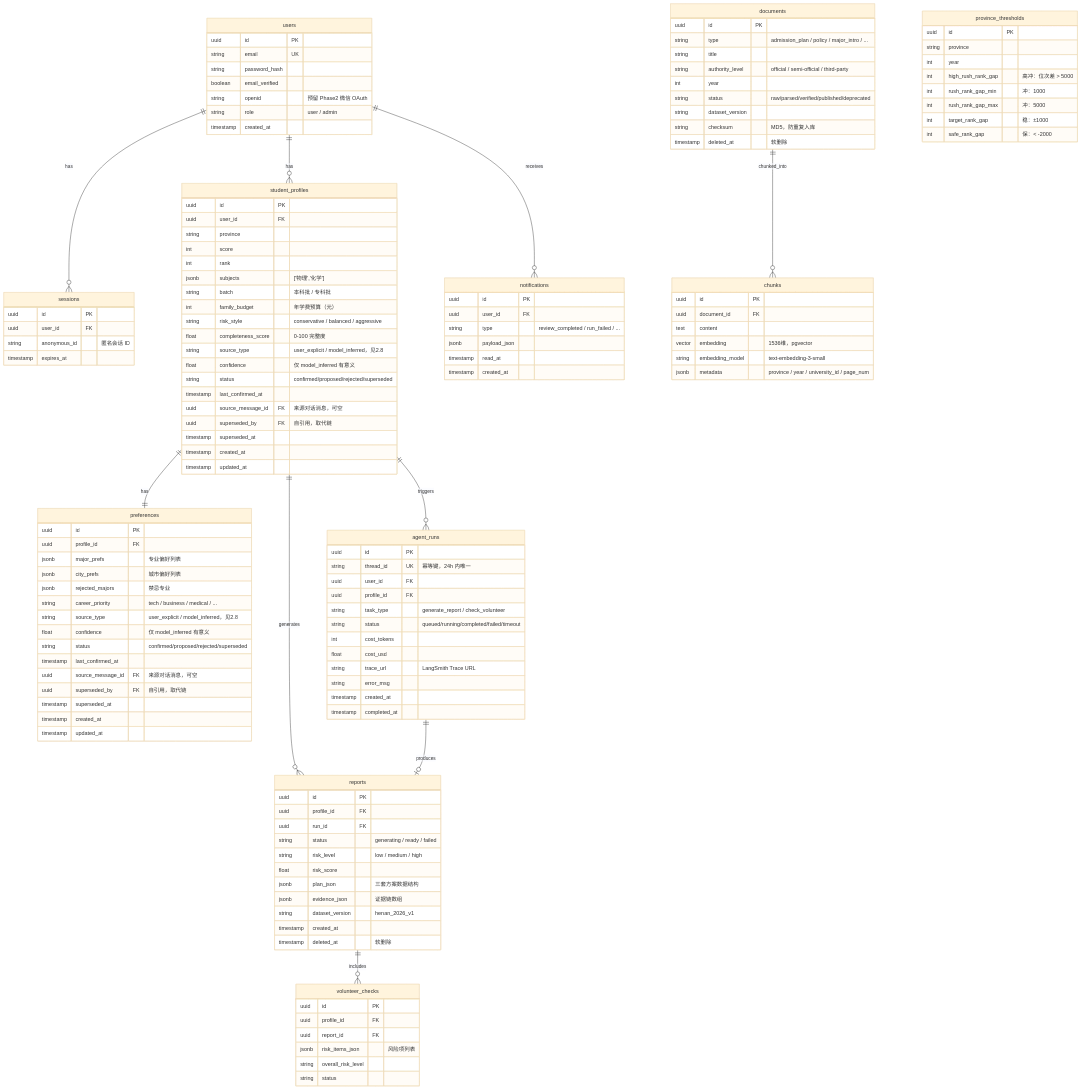
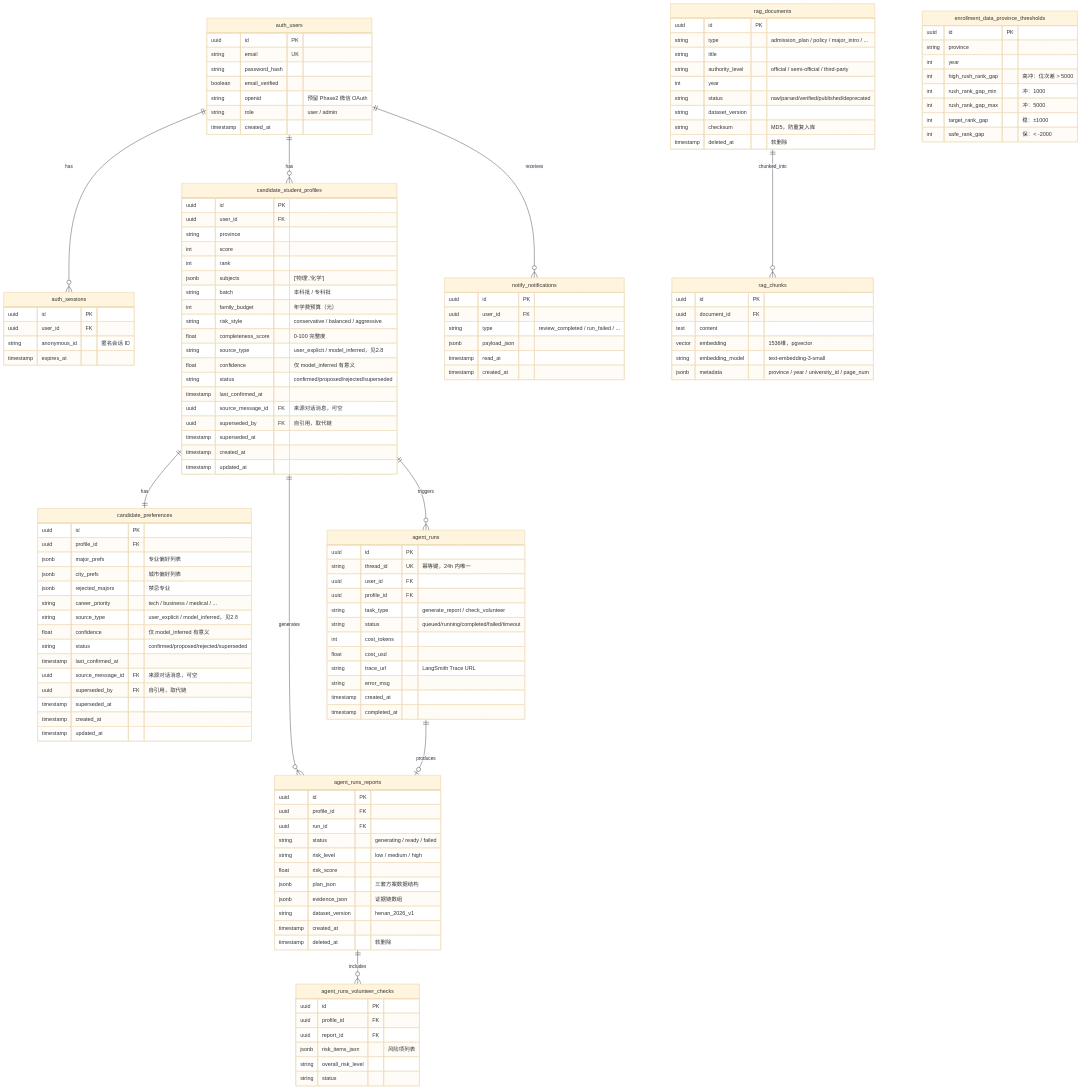
The first of 2 diagrams in backend/docs/03_data_model.md (debugzhao/jin-guide), drawn with Mermaid (base theme) before and after one commit. The commit also changed other lines of this file and 14 other files, not shown here.

````diff
--- a/backend/docs/03_data_model.md
+++ b/backend/docs/03_data_model.md
@@ -7,6 +7,6 @@
 ```mermaid
 erDiagram
-    users {
+    auth_users {
         uuid id PK
         string email UK
         string password_hash
@@ -16,14 +16,14 @@
         timestamp created_at
     }
 
-    sessions {
+    auth_sessions {
         uuid id PK
         uuid user_id FK
         string anonymous_id "匿名会话 ID"
         timestamp expires_at
     }
 
-    student_profiles {
+    candidate_student_profiles {
         uuid id PK
         uuid user_id FK
         string province
@@ -45,7 +45,7 @@
         timestamp updated_at
     }
 
-    preferences {
+    candidate_preferences {
         uuid id PK
         uuid profile_id FK
         jsonb major_prefs "专业偏好列表"
@@ -78,7 +78,7 @@
         timestamp completed_at
     }
 
-    reports {
+    agent_runs_reports {
         uuid id PK
         uuid profile_id FK
         uuid run_id FK
@@ -92,7 +92,7 @@
         timestamp deleted_at "软删除"
     }
 
-    volunteer_checks {
+    agent_runs_volunteer_checks {
         uuid id PK
         uuid profile_id FK
         uuid report_id FK
@@ -102,7 +102,7 @@
     }
 
 
-    notifications {
+    notify_notifications {
         uuid id PK
         uuid user_id FK
         string type "review_completed / run_failed / ..."
@@ -111,7 +111,7 @@
         timestamp created_at
     }
 
-    documents {
+    rag_documents {
         uuid id PK
         string type "admission_plan / policy / major_intro / ..."
         string title
@@ -123,7 +123,7 @@
         timestamp deleted_at "软删除"
     }
 
-    chunks {
+    rag_chunks {
         uuid id PK
         uuid document_id FK
         text content
@@ -132,7 +132,7 @@
         jsonb metadata "province / year / university_id / page_num"
     }
 
-    province_thresholds {
+    enrollment_data_province_thresholds {
         uuid id PK
         string province
         int year
@@ -143,13 +143,13 @@
         int safe_rank_gap "保：< -2000"
     }
 
-    users ||--o{ sessions : "has"
-    users ||--o{ student_profiles : "has"
-    student_profiles ||--|| preferences : "has"
-    student_profiles ||--o{ agent_runs : "triggers"
-    student_profiles ||--o{ reports : "generates"
-    agent_runs ||--o| reports : "produces"
-    reports ||--o{ volunteer_checks : "includes"
-    users ||--o{ notifications : "receives"
-    documents ||--o{ chunks : "chunked_into"
+    auth_users ||--o{ auth_sessions : "has"
+    auth_users ||--o{ candidate_student_profiles : "has"
+    candidate_student_profiles ||--|| candidate_preferences : "has"
+    candidate_student_profiles ||--o{ agent_runs : "triggers"
+    candidate_student_profiles ||--o{ agent_runs_reports : "generates"
+    agent_runs ||--o| agent_runs_reports : "produces"
+    agent_runs_reports ||--o{ agent_runs_volunteer_checks : "includes"
+    auth_users ||--o{ notify_notifications : "receives"
+    rag_documents ||--o{ rag_chunks : "chunked_into"
 ```
````
